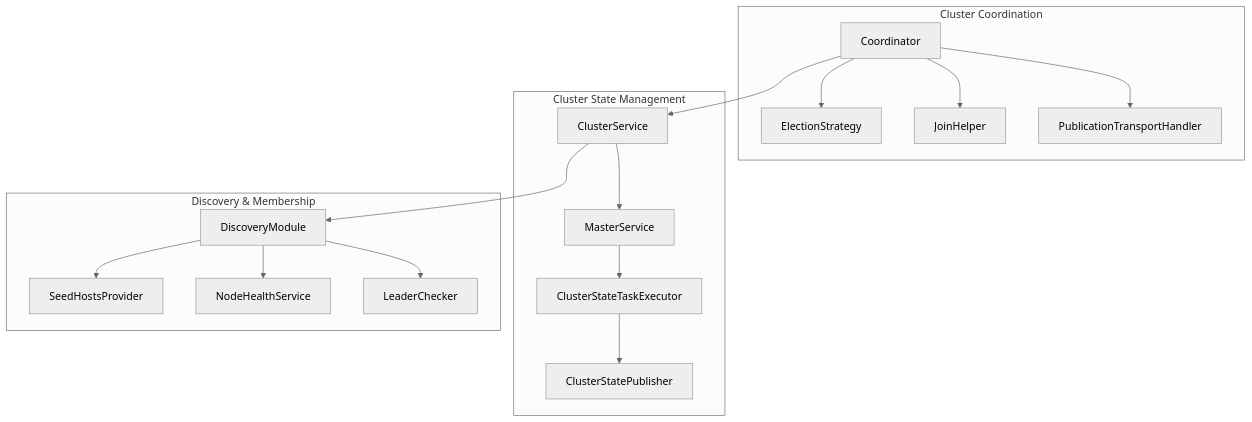
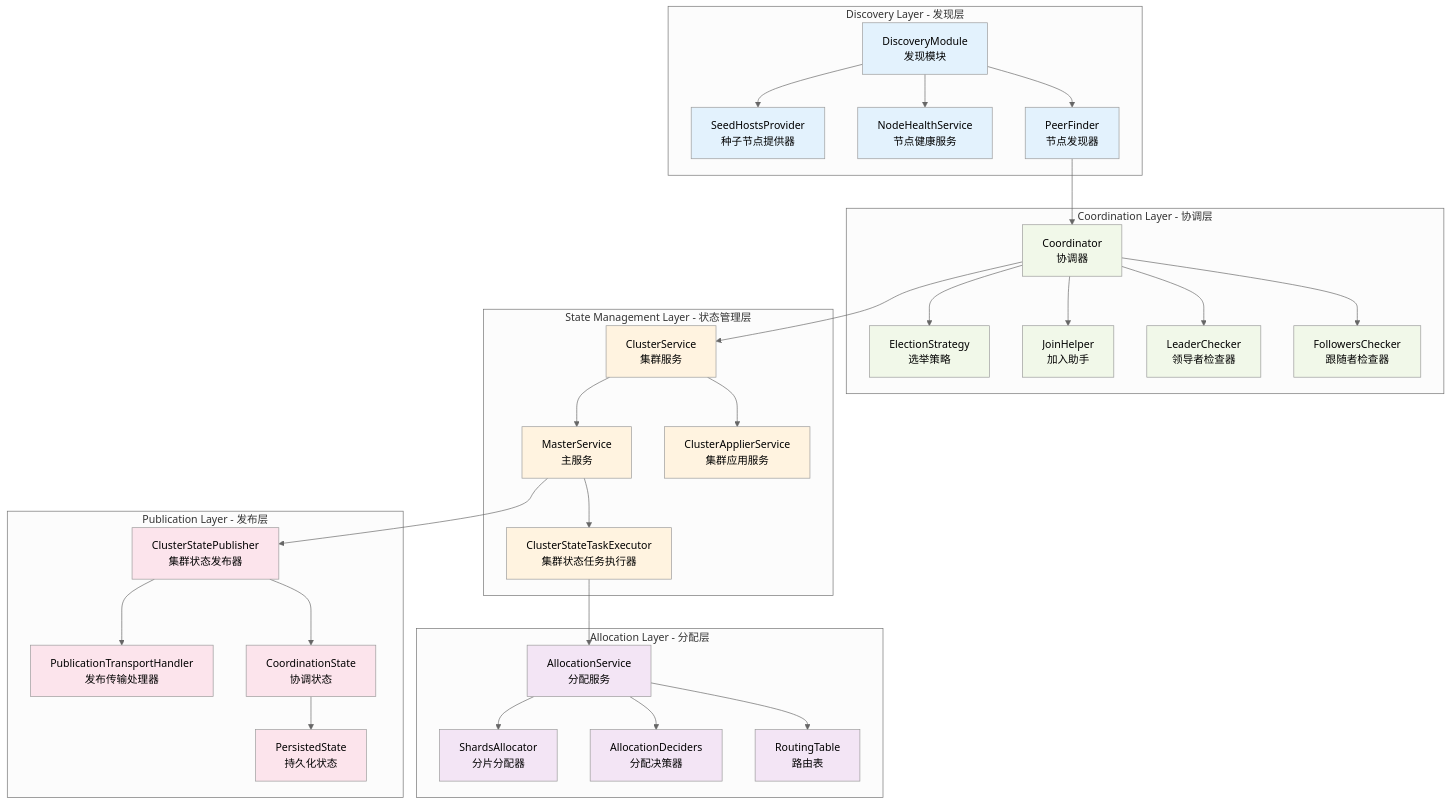
One commit to haoyunlt/myblog changed diagram 14 of 23 in content/posts/elasticsearch-source-analysis.md. Above: the diagram before and after it, drawn with Mermaid (neutral theme). The commit also changed other lines of this file and 335 other files, not shown here.

````diff
--- a/content/posts/elasticsearch-source-analysis.md
+++ b/content/posts/elasticsearch-source-analysis.md
@@ -920,23 +3996,77 @@
 ```mermaid
 graph TB
-    subgraph "Cluster Coordination"
-        A[Coordinator] --> B[ElectionStrategy]
-        A --> C[JoinHelper]
-        A --> D[PublicationTransportHandler]
+    subgraph "Discovery Layer - 发现层"
+        A[DiscoveryModule<br/>发现模块]
+        B[SeedHostsProvider<br/>种子节点提供器]
+        C[NodeHealthService<br/>节点健康服务]
+        D[PeerFinder<br/>节点发现器]
     end
 
-    subgraph "Cluster State Management"
-        E[ClusterService] --> F[MasterService]
-        F --> G[ClusterStateTaskExecutor]
-        G --> H[ClusterStatePublisher]
+    subgraph "Coordination Layer - 协调层"
+        E[Coordinator<br/>协调器]
+        F[ElectionStrategy<br/>选举策略]
+        G[JoinHelper<br/>加入助手]
+        H[LeaderChecker<br/>领导者检查器]
+        I[FollowersChecker<br/>跟随者检查器]
     end
 
-    subgraph "Discovery & Membership"
-        I[DiscoveryModule] --> J[SeedHostsProvider]
-        I --> K[NodeHealthService]
-        I --> L[LeaderChecker]
+    subgraph "State Management Layer - 状态管理层"
+        J[ClusterService<br/>集群服务]
+        K[MasterService<br/>主服务]
+        L[ClusterApplierService<br/>集群应用服务]
+        M[ClusterStateTaskExecutor<br/>集群状态任务执行器]
     end
 
-    A --> E
+    subgraph "Publication Layer - 发布层"
+        N[ClusterStatePublisher<br/>集群状态发布器]
+        O[PublicationTransportHandler<br/>发布传输处理器]
+        P[CoordinationState<br/>协调状态]
+        Q[PersistedState<br/>持久化状态]
+    end
+
+    subgraph "Allocation Layer - 分配层"
+        R[AllocationService<br/>分配服务]
+        S[ShardsAllocator<br/>分片分配器]
+        T[AllocationDeciders<br/>分配决策器]
+        U[RoutingTable<br/>路由表]
+    end
+
+    %% 数据流向
+    A --> B
+    A --> C
+    A --> D
+
+    D --> E
+    E --> F
+    E --> G
+    E --> H
     E --> I
+
+    E --> J
+    J --> K
+    J --> L
+    K --> M
+
+    K --> N
+    N --> O
+    N --> P
+    P --> Q
+
+    M --> R
+    R --> S
+    R --> T
+    R --> U
+
+    %% 样式定义
+    classDef discoveryLayer fill:#e3f2fd
+    classDef coordLayer fill:#f1f8e9
+    classDef stateLayer fill:#fff3e0
+    classDef pubLayer fill:#fce4ec
+    classDef allocLayer fill:#f3e5f5
+
+    class A,B,C,D discoveryLayer
+    class E,F,G,H,I coordLayer
+    class J,K,L,M stateLayer
+    class N,O,P,Q pubLayer
+    class R,S,T,U allocLayer
 ```
````
